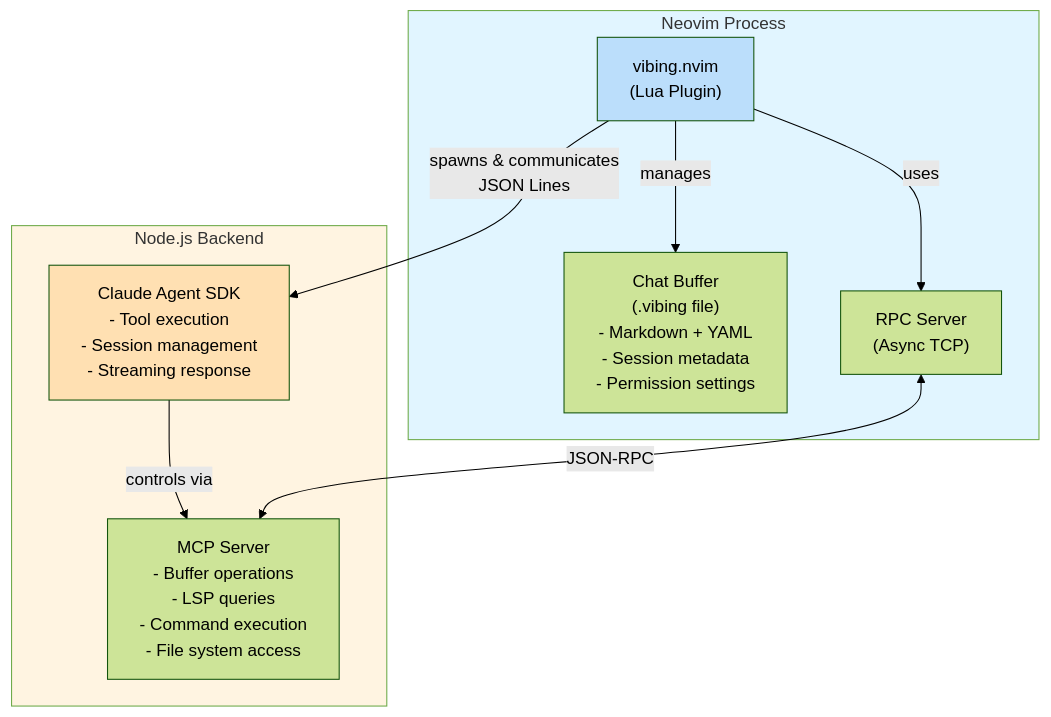
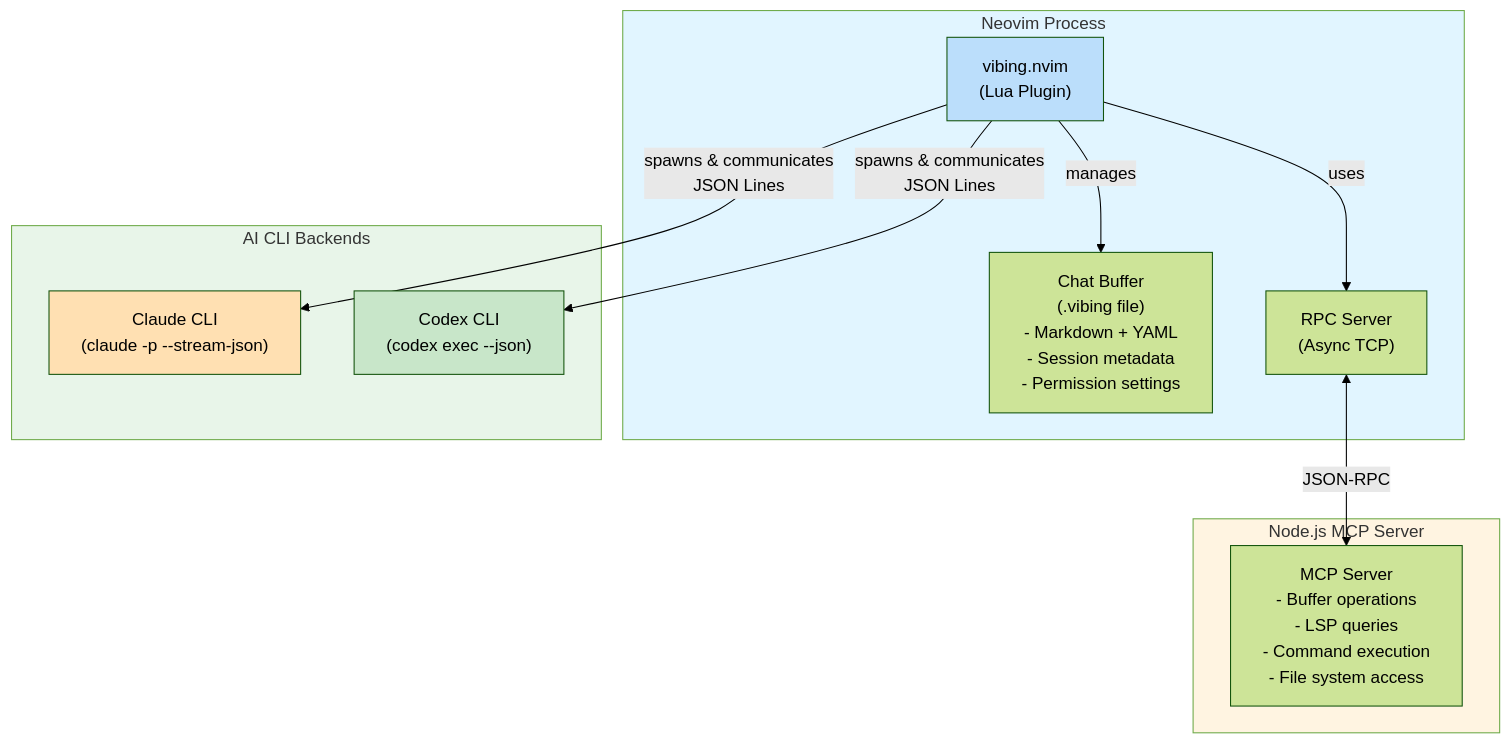
One commit to shabaraba/vibing.nvim changed the diagram in README.md. Above: the diagram before and after it, drawn with Mermaid (forest theme). The commit also changed other lines of this file and 42 other files, not shown here.

First line of the commit message:
feat: add codex-cli adapter with per-chat agent selection (#417)

````diff
--- a/README.md
+++ b/README.md
@@ -1007,26 +1037,31 @@
 ```mermaid
 graph TB
     subgraph Neovim["Neovim Process"]
         Plugin["vibing.nvim<br/>(Lua Plugin)"]
         Buffer["Chat Buffer<br/>(.vibing file)<br/>- Markdown + YAML<br/>- Session metadata<br/>- Permission settings"]
         RPC["RPC Server<br/>(Async TCP)"]
 
         Plugin -->|manages| Buffer
         Plugin -->|uses| RPC
     end
 
-    subgraph Backend["Node.js Backend"]
-        SDK["Claude Agent SDK<br/>- Tool execution<br/>- Session management<br/>- Streaming response"]
-        MCP["MCP Server<br/>- Buffer operations<br/>- LSP queries<br/>- Command execution<br/>- File system access"]
-
-        SDK -->|controls via| MCP
+    subgraph MCP["Node.js MCP Server"]
+        MCPServer["MCP Server<br/>- Buffer operations<br/>- LSP queries<br/>- Command execution<br/>- File system access"]
     end
 
-    RPC <-->|JSON-RPC| MCP
-    Plugin -->|spawns & communicates<br/>JSON Lines| SDK
+    subgraph AI["AI CLI Backends"]
+        Claude["Claude CLI<br/>(claude -p --stream-json)"]
+        Codex["Codex CLI<br/>(codex exec --json)"]
+    end
+
+    RPC <-->|JSON-RPC| MCPServer
+    Plugin -->|spawns & communicates<br/>JSON Lines| Claude
+    Plugin -->|spawns & communicates<br/>JSON Lines| Codex
 
     style Neovim fill:#e1f5ff
-    style Backend fill:#fff4e1
+    style MCP fill:#fff4e1
+    style AI fill:#e8f5e9
     style Plugin fill:#bbdefb
-    style SDK fill:#ffe0b2
+    style Claude fill:#ffe0b2
+    style Codex fill:#c8e6c9
 ```
````
